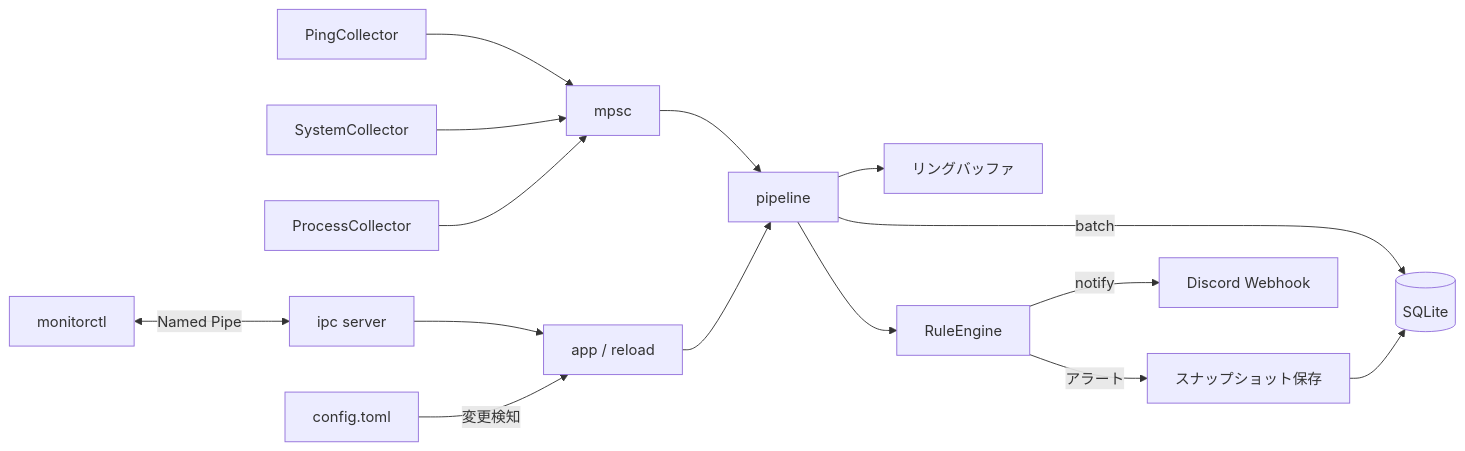
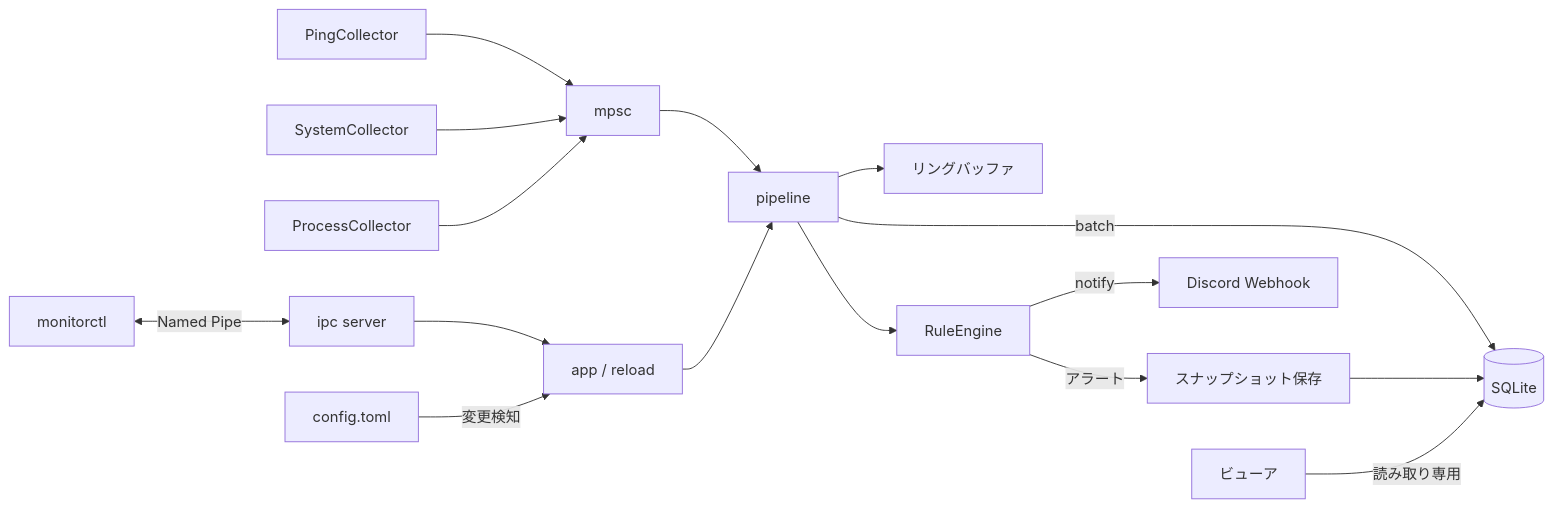
One commit to Harukoto-Project/traffic-watcher changed the diagram in README.md. Above: the diagram before and after it, drawn with Mermaid. The commit also changed other lines of this file and 2 other files, not shown here.

````diff
--- a/README.md
+++ b/README.md
@@ -196,17 +298,18 @@
 ```mermaid
 flowchart LR
     ping[PingCollector] --> ch[mpsc]
     sys[SystemCollector] --> ch
     proc[ProcessCollector] --> ch
     ch --> pipe[pipeline]
     pipe -->|batch| db[(SQLite)]
     pipe --> ring[リングバッファ]
     pipe --> rules[RuleEngine]
     rules -->|アラート| snap[スナップショット保存]
     rules -->|notify| hook[Discord Webhook]
     snap --> db
     cli[monitorctl] <-->|Named Pipe| ipc[ipc server]
     ipc --> app[app / reload]
     file[config.toml] -->|変更検知| app
     app --> pipe
+    viewer[ビューア] -->|読み取り専用| db
 ```
````
